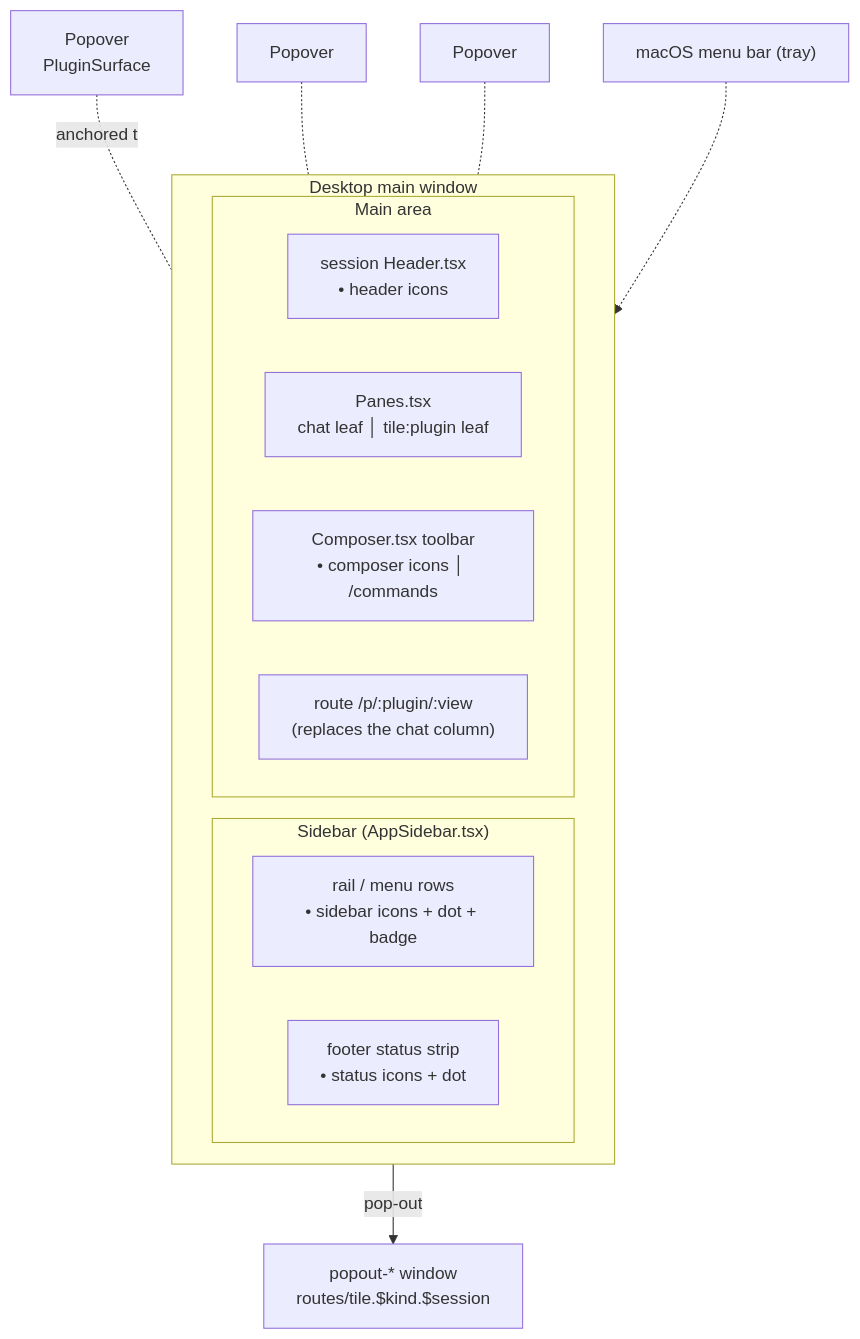
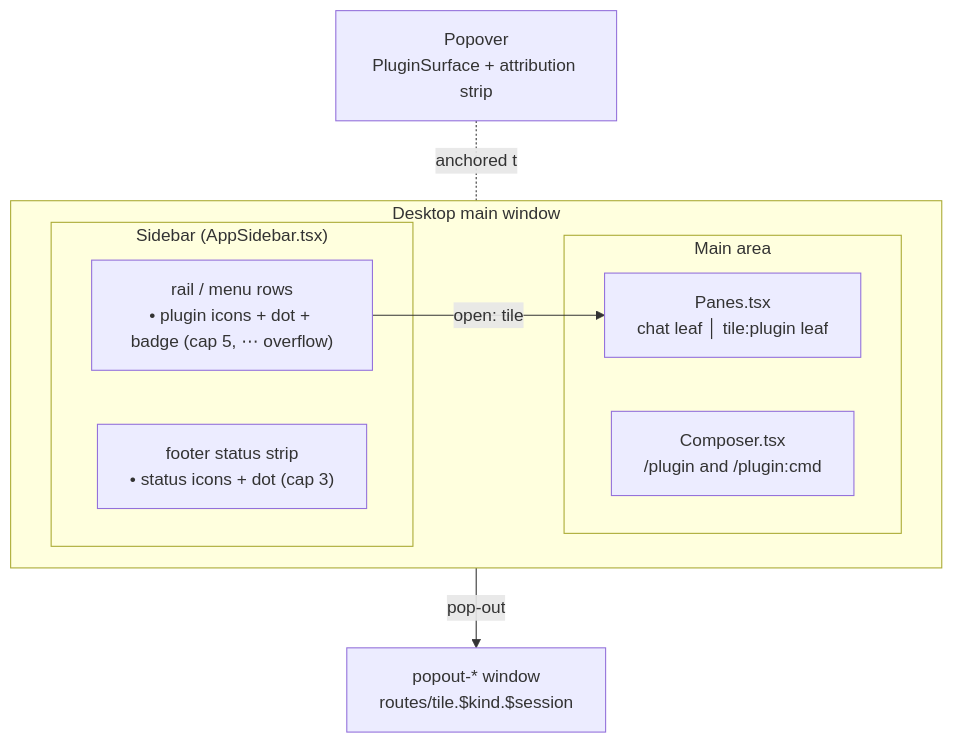
Before and after one commit to BaseDatum/Theuth: the third of 3 diagrams in docs/design/216-external-plugins.md, drawn with Mermaid. The commit also changed other lines of this file and 5 other files, not shown here.

````diff
--- a/docs/design/216-external-plugins.md
+++ b/docs/design/216-external-plugins.md
@@ -771,21 +1033,17 @@
 ```mermaid
 flowchart TB
   subgraph window["Desktop main window"]
     direction LR
     subgraph sb["Sidebar (AppSidebar.tsx)"]
-      rail["rail / menu rows<br/>• sidebar icons + dot + badge"]
-      foot["footer status strip<br/>• status icons + dot"]
+      rail["rail / menu rows<br/>• plugin icons + dot + badge (cap 5, ⋯ overflow)"]
+      foot["footer status strip<br/>• status icons + dot (cap 3)"]
     end
     subgraph main["Main area"]
-      hdr["session Header.tsx<br/>• header icons"]
       panes["Panes.tsx<br/>chat leaf │ tile:plugin leaf"]
-      comp["Composer.tsx toolbar<br/>• composer icons │ /commands"]
-      view["route /p/:plugin/:view<br/>(replaces the chat column)"]
+      comp["Composer.tsx<br/>/plugin and /plugin:cmd"]
     end
   end
-  pop["Popover<br/>PluginSurface"] -.anchored to.- rail
-  pop2["Popover"] -.- hdr
-  pop3["Popover"] -.- comp
+  pop["Popover<br/>PluginSurface + attribution strip"] -.anchored to.- rail
+  rail -- "open: tile" --> panes
   panes -- "pop-out" --> win2["popout-* window<br/>routes/tile.$kind.$session"]
-  tray["macOS menu bar (tray)"] -.-> window
 ```
````
